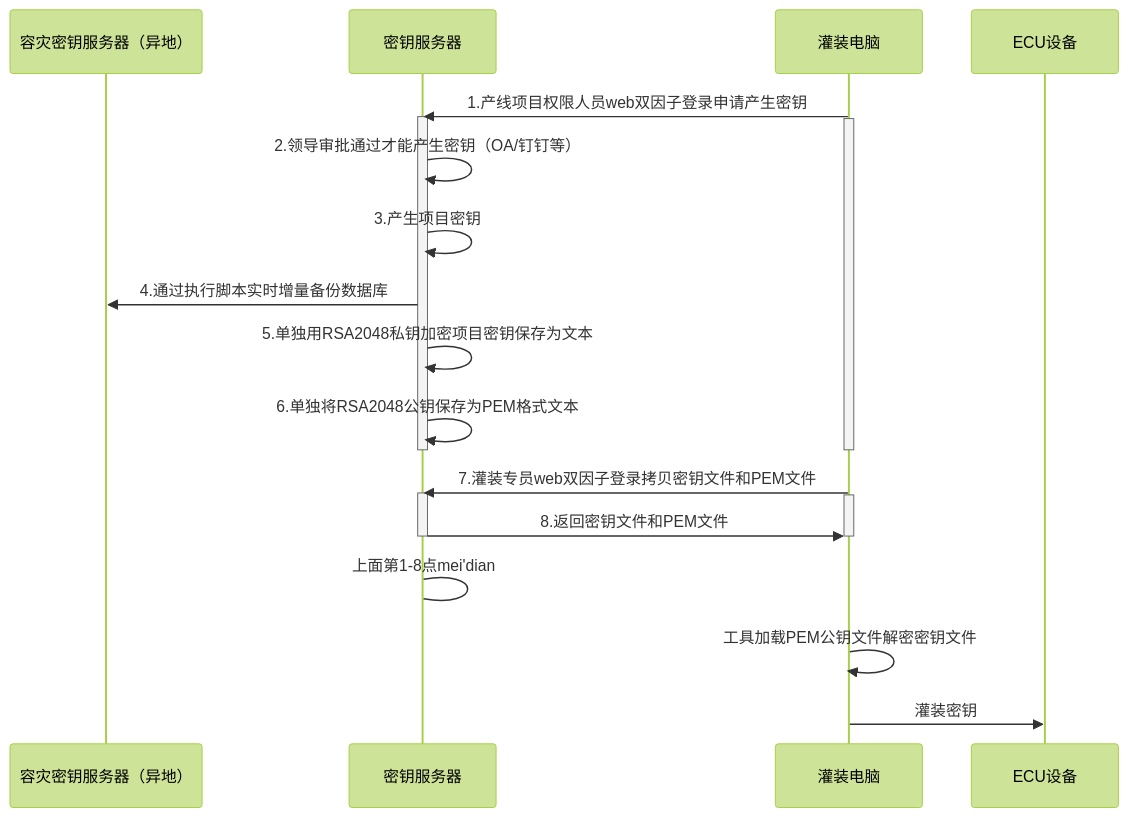
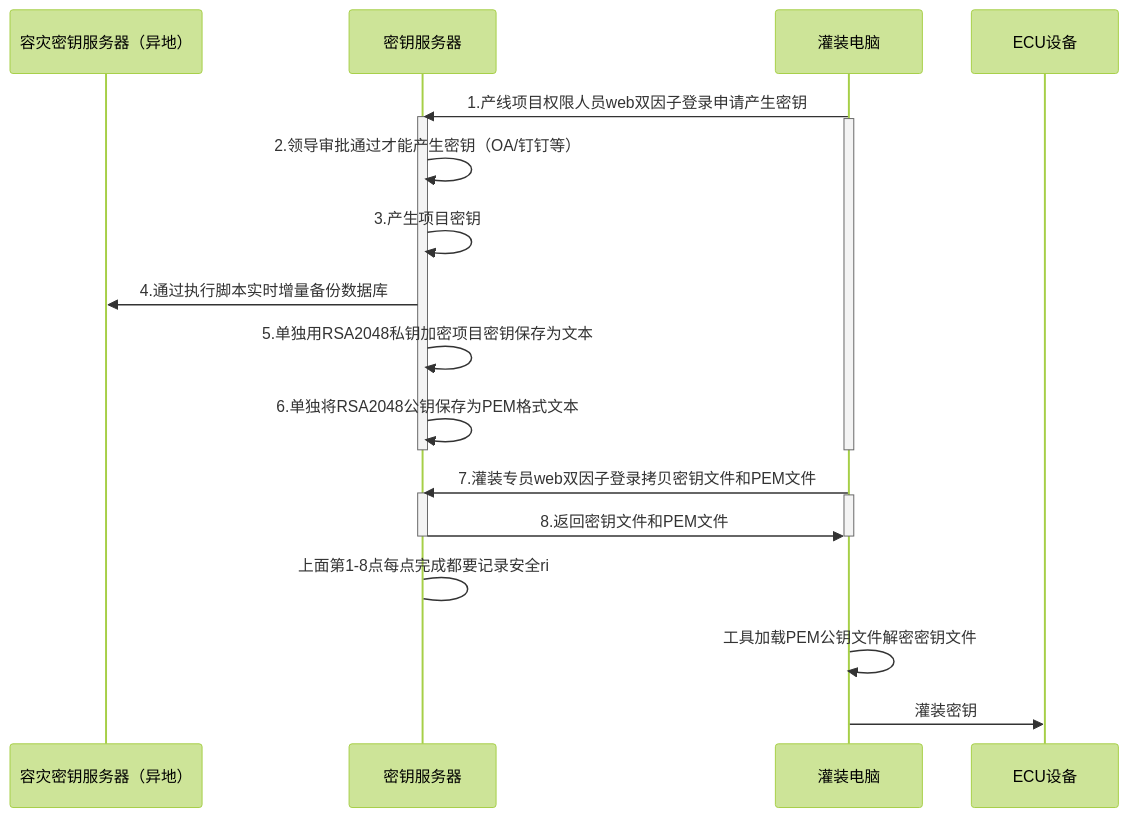
The diagram in all/未命名-15.md (facebook-cloud/iodraw-files), drawn with Mermaid (forest theme) before and after one commit.

Commit message:
2026-02-11 19:54:55 update

````diff
--- a/all/未命名-15.md
+++ b/all/未命名-15.md
@@ -1,32 +1,32 @@
 ```mermaid
 sequenceDiagram
     participant A as 容灾密钥服务器（异地）
     participant B as 密钥服务器
     participant D as 灌装电脑
     participant E as ECU设备
 
     
     D->>B: 1.产线项目权限人员web双因子登录申请产生密钥
     activate B
     activate D
     B->>B: 2.领导审批通过才能产生密钥（OA/钉钉等）
     B->>B: 3.产生项目密钥
     B->>A: 4.通过执行脚本实时增量备份数据库
     B->>B: 5.单独用RSA2048私钥加密项目密钥保存为文本
     B->>B: 6.单独将RSA2048公钥保存为PEM格式文本
     deactivate B
     deactivate D
 
     
     D->>B: 7.灌装专员web双因子登录拷贝密钥文件和PEM文件
     activate B
     activate D
     B->>D: 8.返回密钥文件和PEM文件
     deactivate B
     deactivate D
-    B->B: 上面第1-8点mei'dian
+    B->B: 上面第1-8点每点完成都要记录安全ri
 
     D->>D:工具加载PEM公钥文件解密密钥文件
     
     D->>E: 灌装密钥
 ```
````
